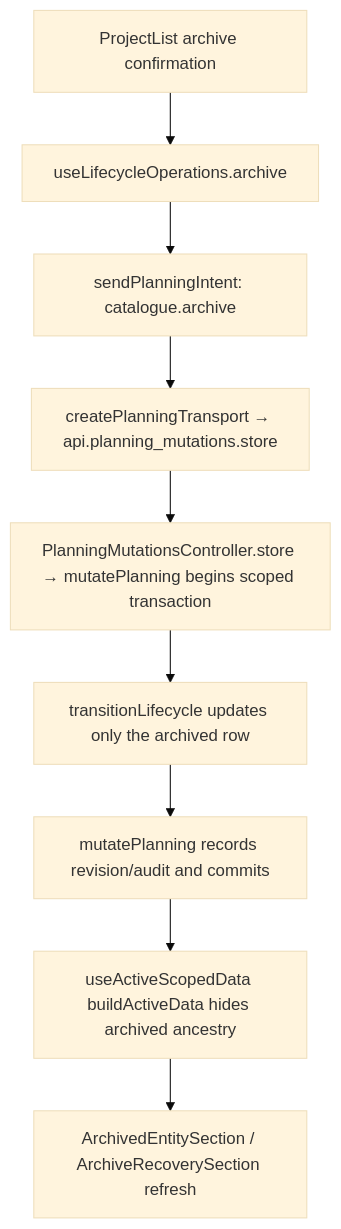
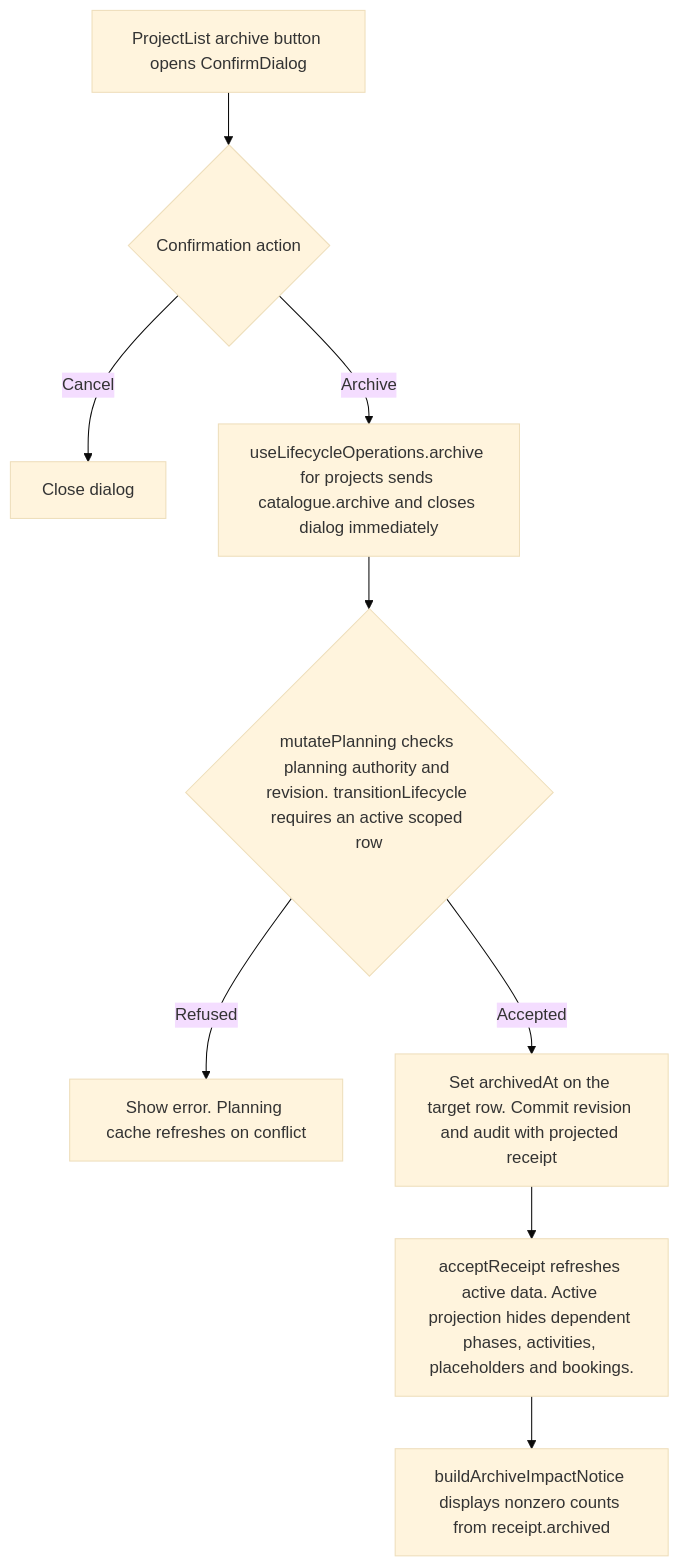
Before and after one commit to Kevinjohn/capacitylens: the second of 2 diagrams in user-stories/projects/US-PRJ-03-archive-project.md, drawn with Mermaid (base theme). The commit also changed other lines of this file and 172 other files, not shown here.

Commit message:
docs: reconcile user story code flows with source

````diff
--- a/user-stories/projects/US-PRJ-03-archive-project.md
+++ b/user-stories/projects/US-PRJ-03-archive-project.md
@@ -30,7 +30,11 @@
 ```mermaid
 flowchart TD
-  A["ProjectList archive confirmation"] --> B["useLifecycleOperations.archive"] --> C["sendPlanningIntent: catalogue.archive"]
-  C --> D["createPlanningTransport → api.planning_mutations.store"] --> E["PlanningMutationsController.store → mutatePlanning begins scoped transaction"]
-  E --> F["transitionLifecycle updates only the archived row"] --> K["mutatePlanning records revision/audit and commits"] --> F2["useActiveScopedData buildActiveData hides archived ancestry"]
-  F2 --> H["ArchivedEntitySection / ArchiveRecoverySection refresh"]
+  ENTRY["ProjectList archive button opens ConfirmDialog"] --> CHOICE{"Confirmation action"}
+  CHOICE -->|Cancel| CLOSE["Close dialog"]
+  CHOICE -->|Archive| SEND["useLifecycleOperations.archive for projects sends catalogue.archive and closes dialog immediately"]
+  SEND --> SERVER{"mutatePlanning checks planning authority and revision. transitionLifecycle requires an active scoped row"}
+  SERVER -->|Refused| ERROR["Show error. Planning cache refreshes on conflict"]
+  SERVER -->|Accepted| WRITE["Set archivedAt on the target row. Commit revision and audit with projected receipt"]
+  WRITE --> NEXT["acceptReceipt refreshes active data. Active projection hides dependent phases, activities, placeholders and bookings."]
+  NEXT --> IMPACT["buildArchiveImpactNotice displays nonzero counts from receipt.archived"]
 ```
````
